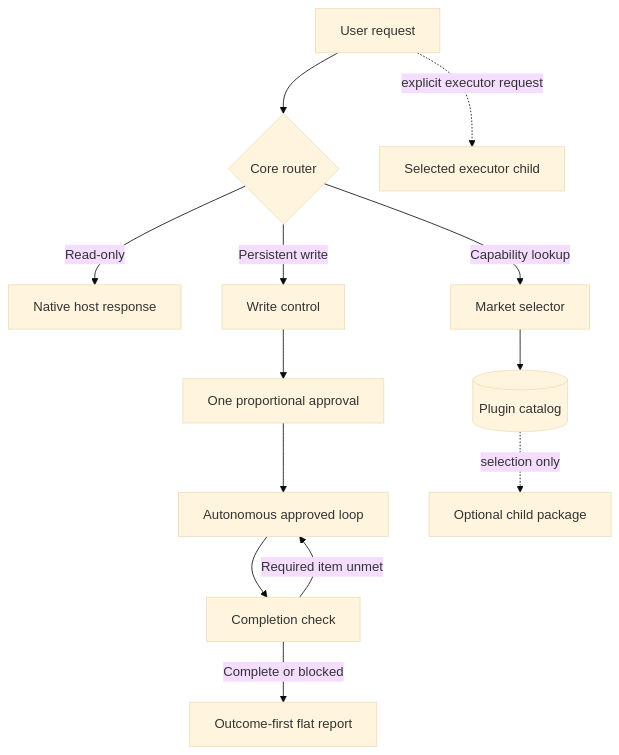
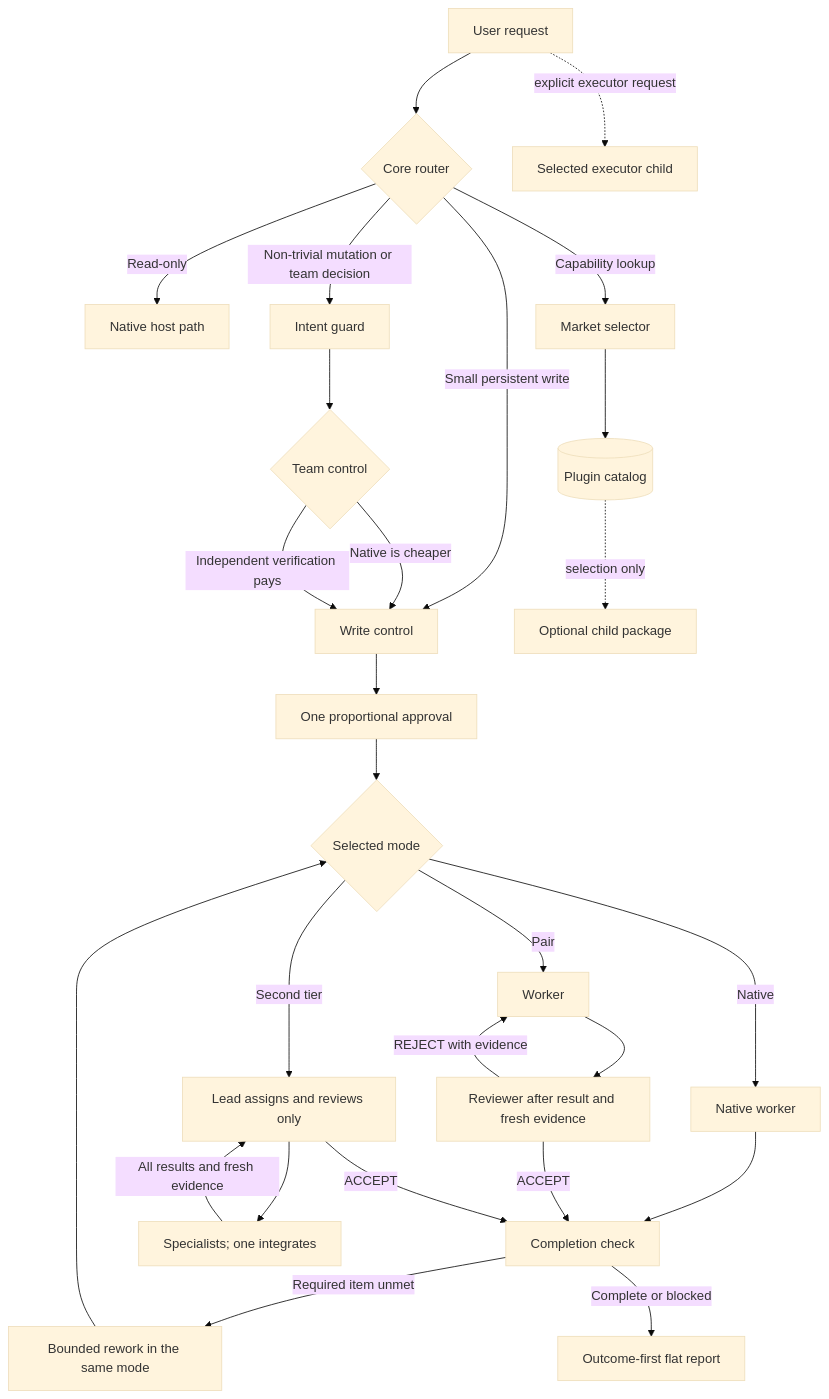
Before and after one commit to algocean1204/clonamic-herness-plugin: the diagram in README.md, drawn with Mermaid (base theme). The commit also changed other lines of this file and 32 other files, not shown here.

Commit message:
Add proportional team control

````diff
--- a/README.md
+++ b/README.md
@@ -43,15 +48,29 @@
 ```mermaid
 flowchart TB
     U[User request] --> R{Core router}
-    R -->|Read-only| N[Native host response]
-    R -->|Persistent write| W[Write control]
+    R -->|Read-only| N[Native host path]
+    R -->|Small persistent write| W[Write control]
+    R -->|Non-trivial mutation or team decision| I[Intent guard]
+    I --> T{Team control}
+    T -->|Native is cheaper| W
+    T -->|Independent verification pays| W
     W --> A[One proportional approval]
-    A --> L[Autonomous approved loop]
-    L --> C[Completion check]
-    C -->|Required item unmet| L
+    A --> L{Selected mode}
+    L -->|Native| X[Native worker]
+    X --> C[Completion check]
+    L -->|Pair| PW[Worker]
+    PW --> V[Reviewer after result and fresh evidence]
+    V -->|REJECT with evidence| PW
+    V -->|ACCEPT| C
+    L -->|Second tier| D[Lead assigns and reviews only]
+    D --> S[Specialists; one integrates]
+    S -->|All results and fresh evidence| D
+    D -->|ACCEPT| C
+    C -->|Required item unmet| B[Bounded rework in the same mode]
+    B --> L
     C -->|Complete or blocked| P[Outcome-first flat report]
     R -->|Capability lookup| M[Market selector]
     M --> K[(Plugin catalog)]
     K -. selection only .-> O[Optional child package]
     U -. explicit executor request .-> E[Selected executor child]
 ```
````
